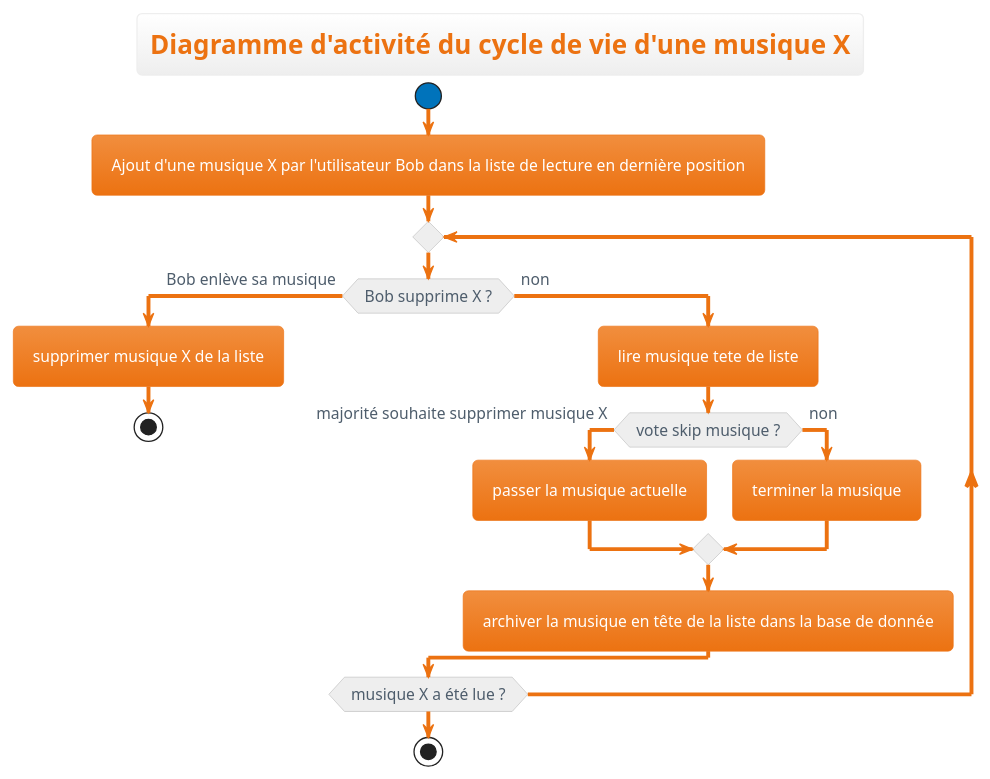
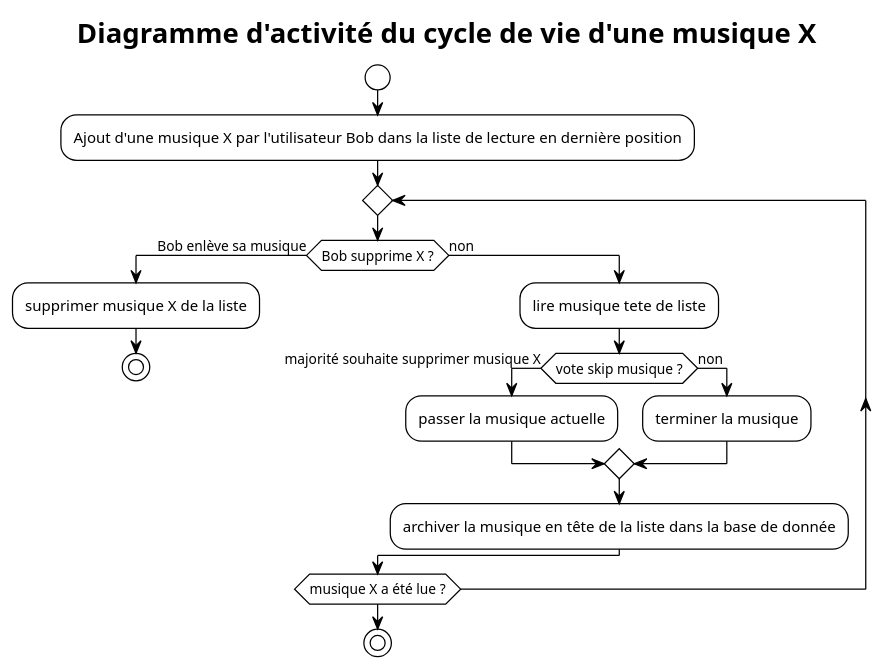
The diagram in Document du projet/Etude préalable/Diagrammes/Diagrammes d'activité/cycle_vie_d_une_musique.puml (datsmysong/app), drawn with PlantUML before and after one commit. The commit also changed 7 other files, not shown here.

Commit message:
chore: updated theme of diagrams

```diff
--- a/Document du projet/Etude préalable/Diagrammes/Diagrammes d'activité/cycle_vie_d_une_musique.puml
+++ b/Document du projet/Etude préalable/Diagrammes/Diagrammes d'activité/cycle_vie_d_une_musique.puml
@@ -1,23 +1,23 @@
-@startuml Diagramme d'activité
+@startuml cycle_vie_d_une_musique
 title Diagramme d'activité du cycle de vie d'une musique X
-!theme aws-orange
+!theme plain
 
 start
 :Ajout d'une musique X par l'utilisateur Bob dans la liste de lecture en dernière position;
 repeat
     if(Bob supprime X ?) then (Bob enlève sa musique)
         :supprimer musique X de la liste;
         stop
     else (non)
         :lire musique tete de liste;
         if(vote skip musique ?) then (majorité souhaite supprimer musique X)
             :passer la musique actuelle;
         else (non)
             :terminer la musique;
         endif
         :archiver la musique en tête de la liste dans la base de donnée;
     endif
 repeat while (musique X a été lue ?)
 stop
 
 @enduml
```
